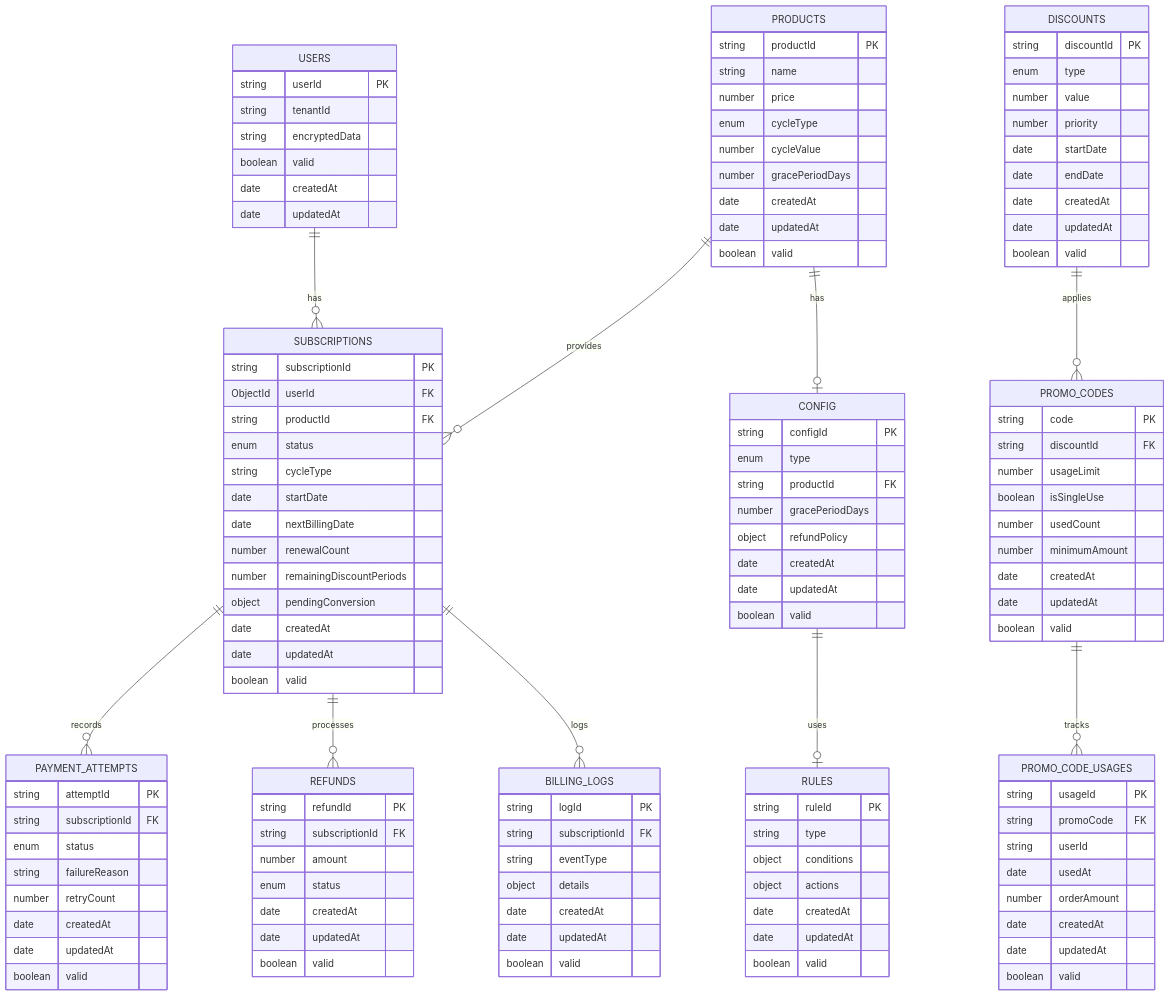
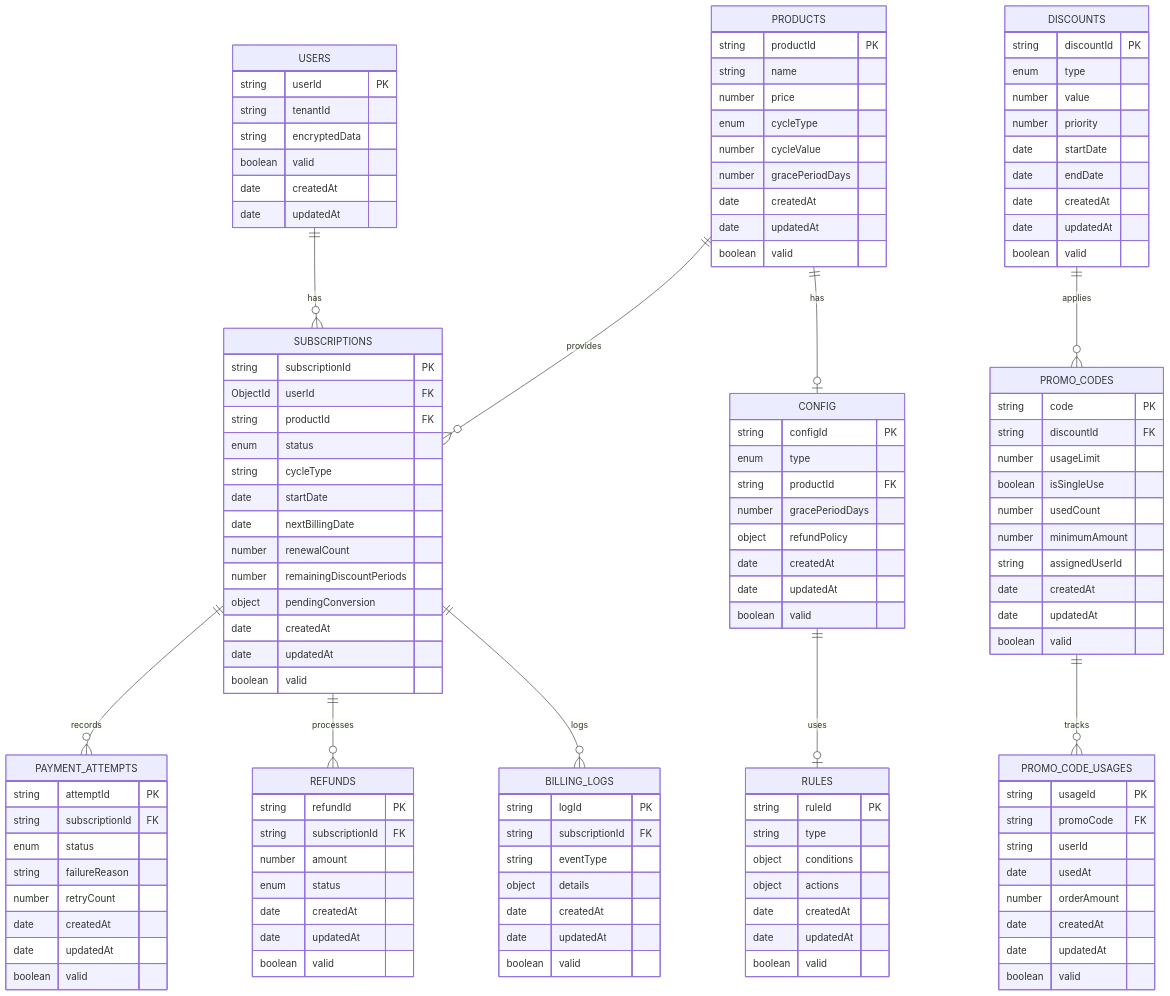
The second of 5 diagrams in docs/docs_0_7/billingBot_v0.7.1_system_design.markdown (xxxhand/auto-billing-bot), drawn with Mermaid before and after one commit. The commit also changed other lines of this file and 27 other files, not shown here.

```diff
--- a/docs/docs_0_7/billingBot_v0.7.1_system_design.markdown
+++ b/docs/docs_0_7/billingBot_v0.7.1_system_design.markdown
@@ -273,6 +274,7 @@
         boolean isSingleUse
         number usedCount
         number minimumAmount
+        string assignedUserId
         date createdAt
         date updatedAt
         boolean valid
```
